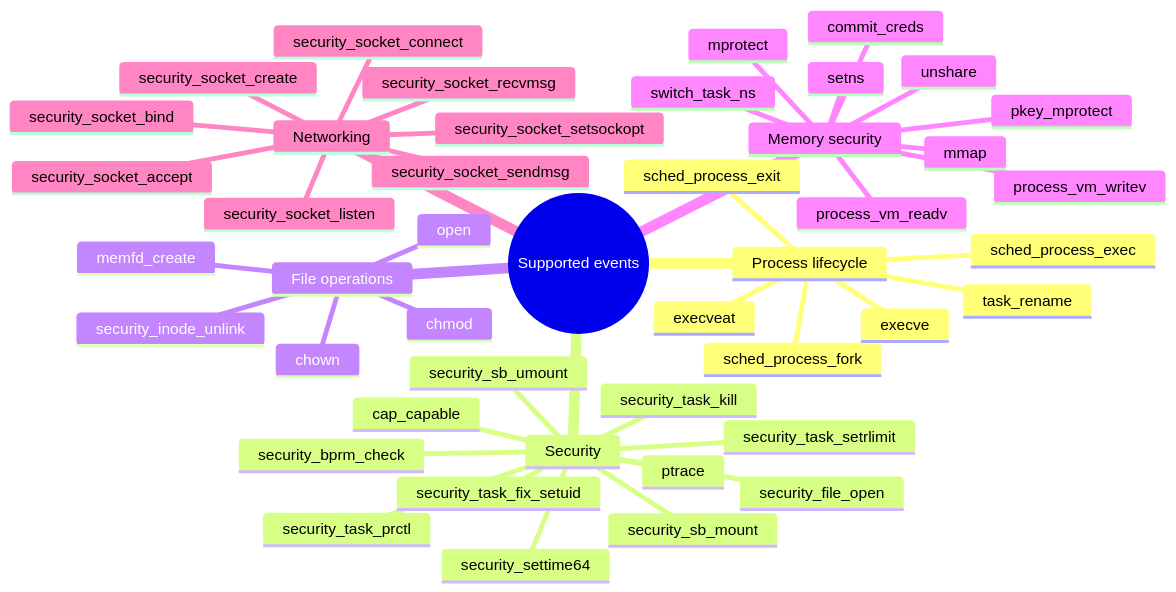
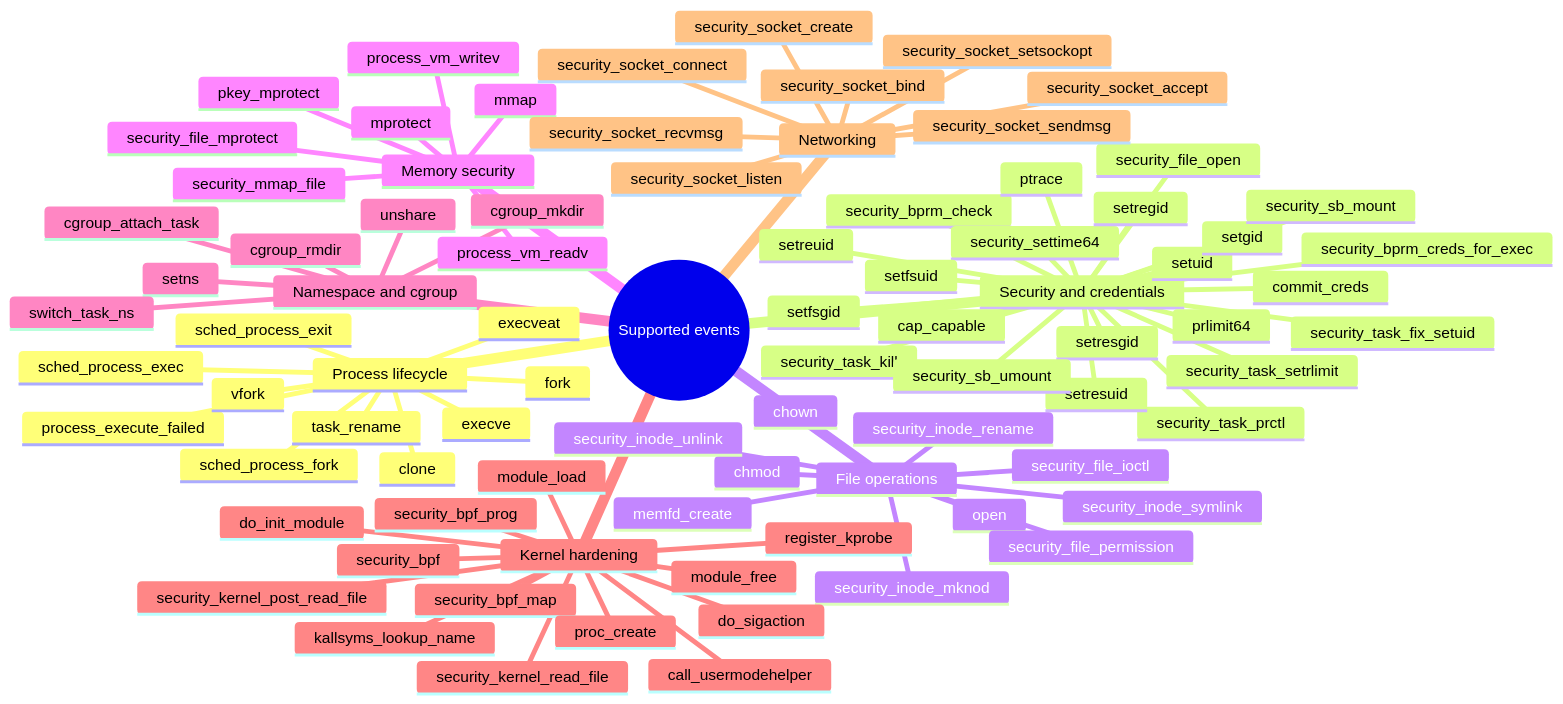
One commit to sroman0/Thesis_documentation changed the second of 3 diagrams in demo/first_demo.md. Above: the diagram before and after it, drawn with Mermaid. The commit also changed other lines of this file and 22 other files, not shown here.

```diff
--- a/demo/first_demo.md
+++ b/demo/first_demo.md
@@ -54,17 +54,32 @@
       sched_process_exec
       execve
       execveat
+      process_execute_failed
+      fork
+      vfork
+      clone
       sched_process_exit
       task_rename
-    Security
+    Security and credentials
       cap_capable
       security_bprm_check
+      security_bprm_creds_for_exec
       security_file_open
       security_task_setrlimit
       security_settime64
       security_task_prctl
       security_task_fix_setuid
       security_task_kill
+      commit_creds
+      setuid
+      setgid
+      setreuid
+      setregid
+      setresuid
+      setresgid
+      setfsuid
+      setfsgid
+      prlimit64
       security_sb_mount
       security_sb_umount
       ptrace
@@ -73,17 +88,41 @@
       chmod
       chown
       memfd_create
+      security_file_permission
+      security_file_ioctl
       security_inode_unlink
+      security_inode_rename
+      security_inode_symlink
+      security_inode_mknod
     Memory security
       mmap
       mprotect
       pkey_mprotect
+      security_mmap_file
+      security_file_mprotect
       process_vm_readv
       process_vm_writev
+    Namespace and cgroup
       setns
       unshare
       switch_task_ns
-      commit_creds
+      cgroup_attach_task
+      cgroup_mkdir
+      cgroup_rmdir
+    Kernel hardening
+      security_bpf
+      security_bpf_map
+      security_bpf_prog
+      security_kernel_read_file
+      security_kernel_post_read_file
+      module_load
+      module_free
+      do_init_module
+      call_usermodehelper
+      do_sigaction
+      proc_create
+      register_kprobe
+      kallsyms_lookup_name
     Networking
       security_socket_create
       security_socket_listen
```
